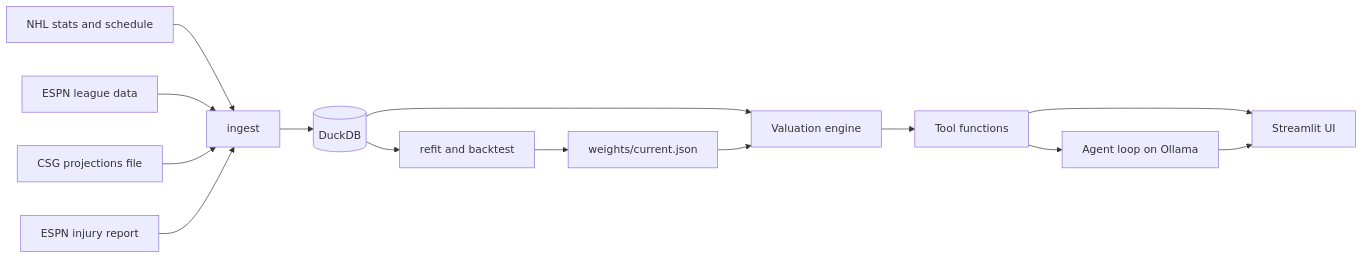
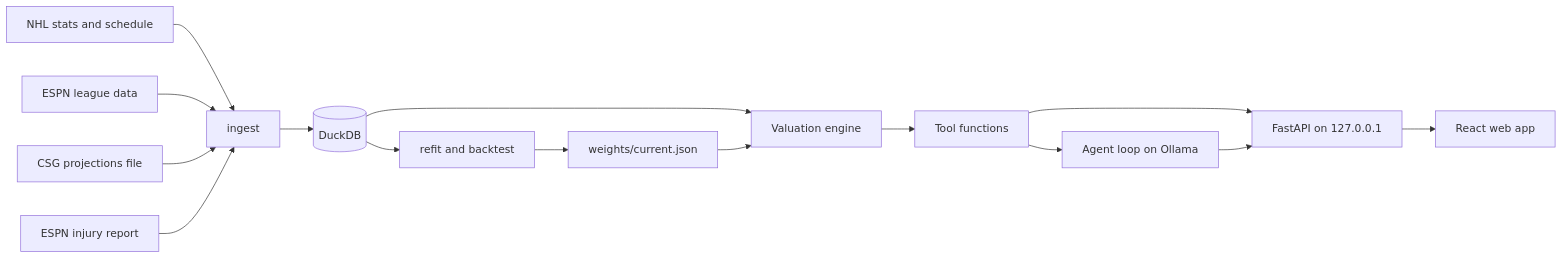
Before and after one commit to moss-mike-SI/Dynasty-Maker: the diagram in README.md, drawn with Mermaid. The commit also changed other lines of this file and 56 other files, not shown here.

````diff
--- a/README.md
+++ b/README.md
@@ -31,15 +32,16 @@
 ```mermaid
 flowchart LR
   NHL[NHL stats and schedule] --> ING[ingest]
   ESPN[ESPN league data] --> ING
   CSG[CSG projections file] --> ING
   INJ[ESPN injury report] --> ING
   ING --> DB[(DuckDB)]
   DB --> ENG[Valuation engine]
   W[weights/current.json] --> ENG
   DB --> FIT[refit and backtest] --> W
   ENG --> TOOLS[Tool functions]
   TOOLS --> AGENT[Agent loop on Ollama]
-  TOOLS --> UI[Streamlit UI]
-  AGENT --> UI
+  TOOLS --> API[FastAPI on 127.0.0.1]
+  AGENT --> API
+  API --> UI[React web app]
 ```
````
